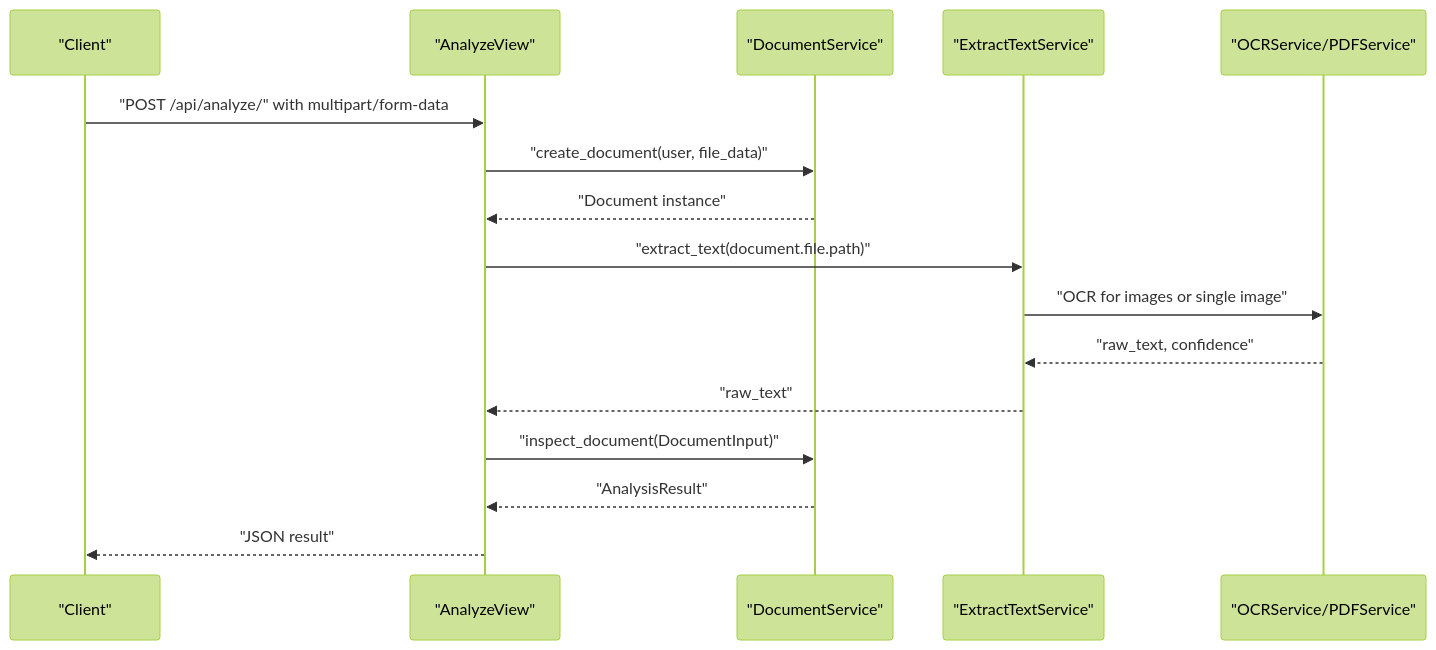
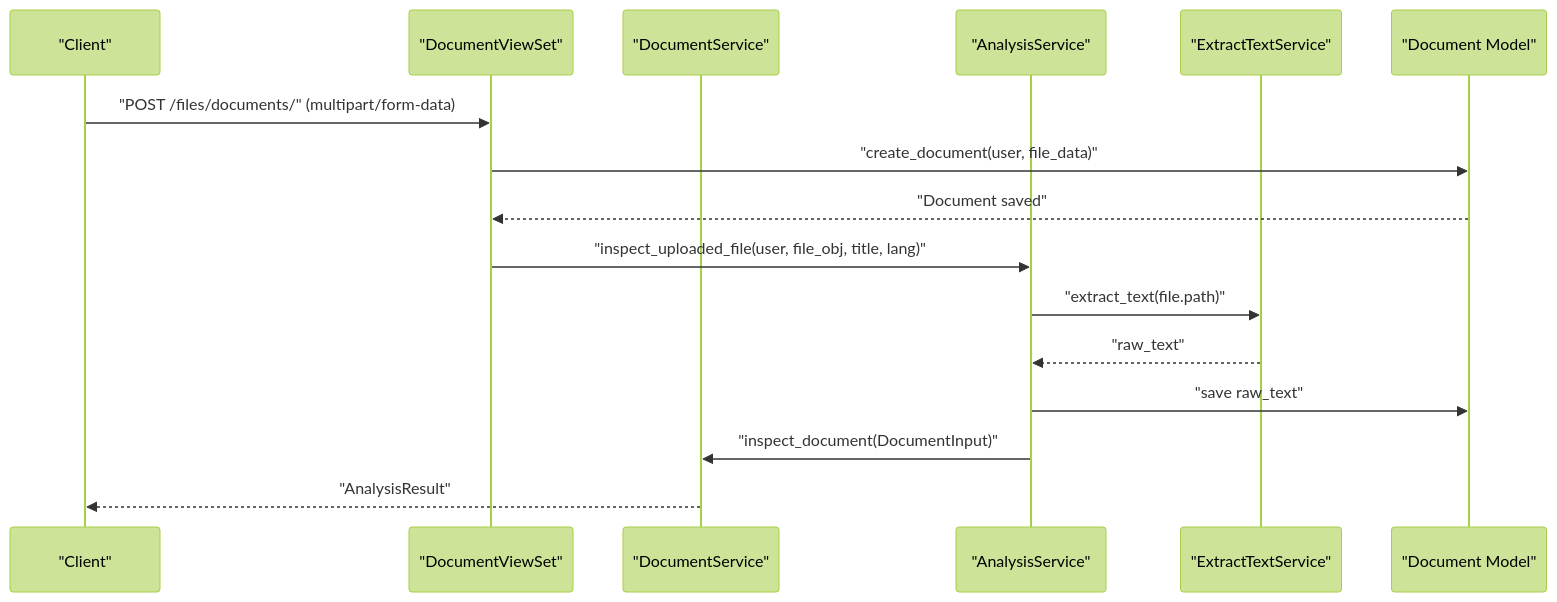
The second of 7 diagrams in backend/.qoder/repowiki/en/content/Document Management/Document Management.md (HamzaHindo/veritasshield), drawn with Mermaid (forest theme) before and after one commit. The commit also changed other lines of this file and 49 other files, not shown here.

````diff
--- a/backend/.qoder/repowiki/en/content/Document Management/Document Management.md
+++ b/backend/.qoder/repowiki/en/content/Document Management/Document Management.md
@@ -135,18 +116,18 @@
 ```mermaid
 sequenceDiagram
-participant Client as "Client"
-participant API as "AnalyzeView"
-participant DocSvc as "DocumentService"
-participant Ext as "ExtractTextService"
-participant OCR as "OCRService/PDFService"
-Client->>API : "POST /api/analyze/" with multipart/form-data
-API->>DocSvc : "create_document(user, file_data)"
-DocSvc-->>API : "Document instance"
-API->>Ext : "extract_text(document.file.path)"
-Ext->>OCR : "OCR for images or single image"
-OCR-->>Ext : "raw_text, confidence"
-Ext-->>API : "raw_text"
-API->>DocSvc : "inspect_document(DocumentInput)"
-DocSvc-->>API : "AnalysisResult"
-API-->>Client : "JSON result"
+participant C as "Client"
+participant V as "DocumentViewSet"
+participant S as "DocumentService"
+participant A as "AnalysisService"
+participant T as "ExtractTextService"
+participant M as "Document Model"
+C->>V : "POST /files/documents/" (multipart/form-data)
+V->>M : "create_document(user, file_data)"
+M-->>V : "Document saved"
+V->>A : "inspect_uploaded_file(user, file_obj, title, lang)"
+A->>T : "extract_text(file.path)"
+T-->>A : "raw_text"
+A->>M : "save raw_text"
+A->>S : "inspect_document(DocumentInput)"
+S-->>C : "AnalysisResult"
 ```
````
